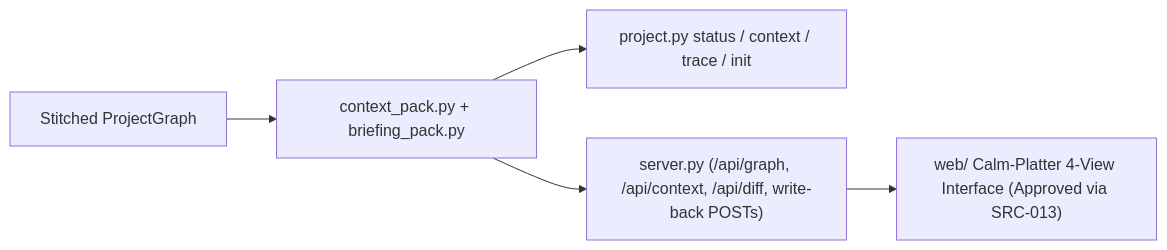
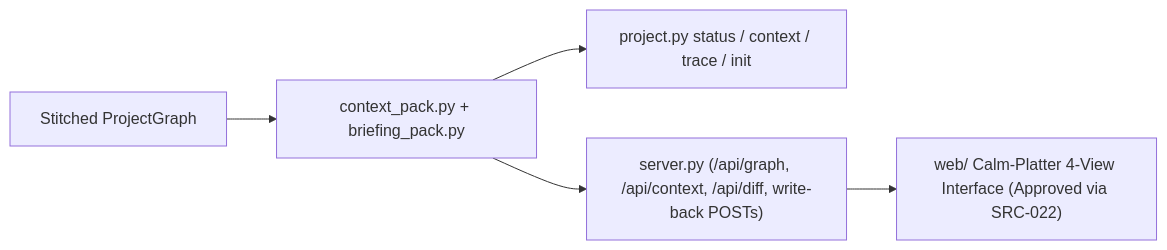
The diagram in docs/specs/perspective-ui/README.md (aaaAlexanderaaa/template-project), drawn with Mermaid before and after one commit. The commit also changed other lines of this file and 82 other files, not shown here.

````diff
--- a/docs/specs/perspective-ui/README.md
+++ b/docs/specs/perspective-ui/README.md
@@ -17,7 +17,7 @@
 ```mermaid
 flowchart LR
   Graph["Stitched ProjectGraph"] --> Pack["context_pack.py + briefing_pack.py"]
   Pack --> CLI["project.py status / context / trace / init"]
   Pack --> HTTP["server.py (/api/graph, /api/context, /api/diff, write-back POSTs)"]
-  HTTP --> Web["web/ Calm-Platter 4-View Interface (Approved via SRC-013)"]
+  HTTP --> Web["web/ Calm-Platter 4-View Interface (Approved via SRC-022)"]
 ```
````
